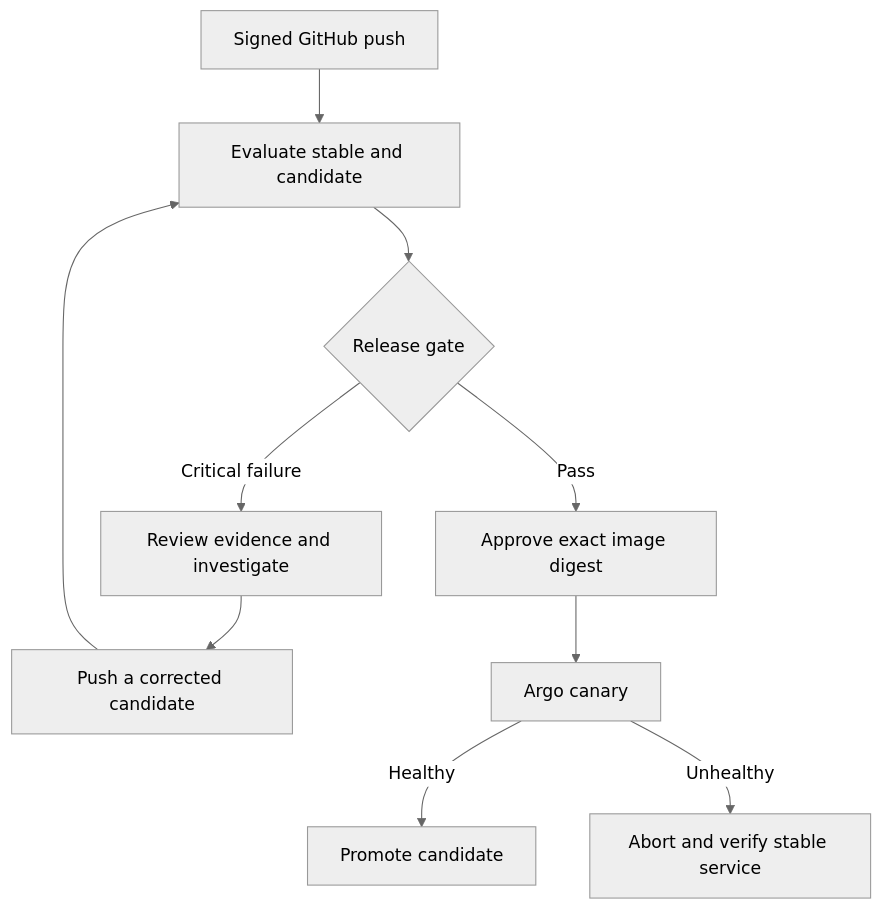
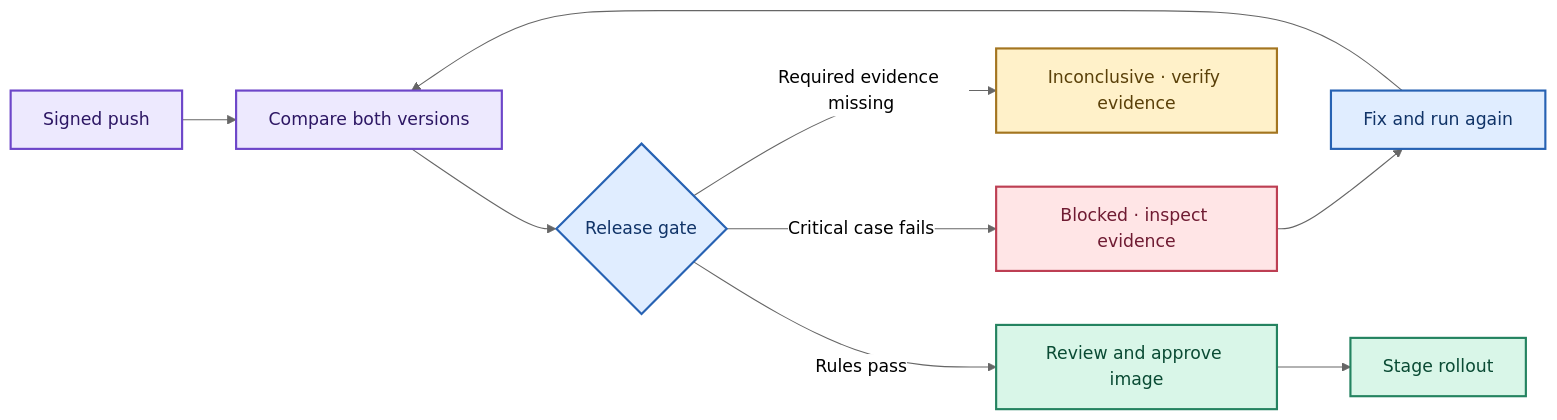
One commit to sujayv26/release-trace changed the diagram in README.md. Above: the diagram before and after it, drawn with Mermaid (neutral theme). The commit also changed other lines of this file and 5 other files, not shown here.

````diff
--- a/README.md
+++ b/README.md
@@ -20,12 +11,20 @@
 ```mermaid
-flowchart TD
-    Push["Signed GitHub push"] --> Eval["Evaluate stable and candidate"]
-    Eval --> Gate{"Release gate"}
-    Gate -->|Critical failure| Block["Review evidence and investigate"]
-    Block --> Fix["Push a corrected candidate"]
-    Fix --> Eval
-    Gate -->|Pass| Approve["Approve exact image digest"]
-    Approve --> Canary["Argo canary"]
-    Canary -->|Healthy| Promote["Promote candidate"]
-    Canary -->|Unhealthy| Abort["Abort and verify stable service"]
+flowchart LR
+    accTitle: ReleaseTrace review workflow
+    accDescr: Compare the current and proposed versions on the same cases, review the gate decision, and approve a passing image before staged rollout.
+    Push["Signed push"] --> Compare["Compare both versions"] --> Gate{"Release gate"}
+    Gate -->|Critical case fails| Block["Blocked · inspect evidence"]
+    Block --> Fix["Fix and run again"] --> Compare
+    Gate -->|Required evidence missing| Hold["Inconclusive · verify evidence"]
+    Gate -->|Rules pass| Review["Review and approve image"] --> Rollout["Stage rollout"]
+    classDef intake fill:#ede9fe,stroke:#6d46c9,color:#2d1764,stroke-width:2px
+    classDef policy fill:#e0edff,stroke:#2762b3,color:#113468,stroke-width:2px
+    classDef blocked fill:#ffe5e6,stroke:#bd3f53,color:#6f1b32,stroke-width:2px
+    classDef pending fill:#fff1c9,stroke:#a37520,color:#5a4009,stroke-width:2px
+    classDef passed fill:#d9f6e8,stroke:#248360,color:#0a4b34,stroke-width:2px
+    class Push,Compare intake
+    class Gate,Fix policy
+    class Block blocked
+    class Hold pending
+    class Review,Rollout passed
 ```
````
